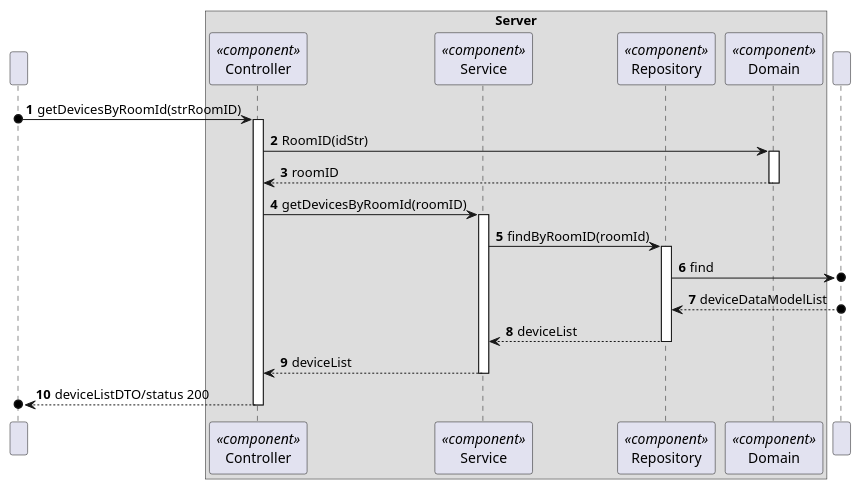
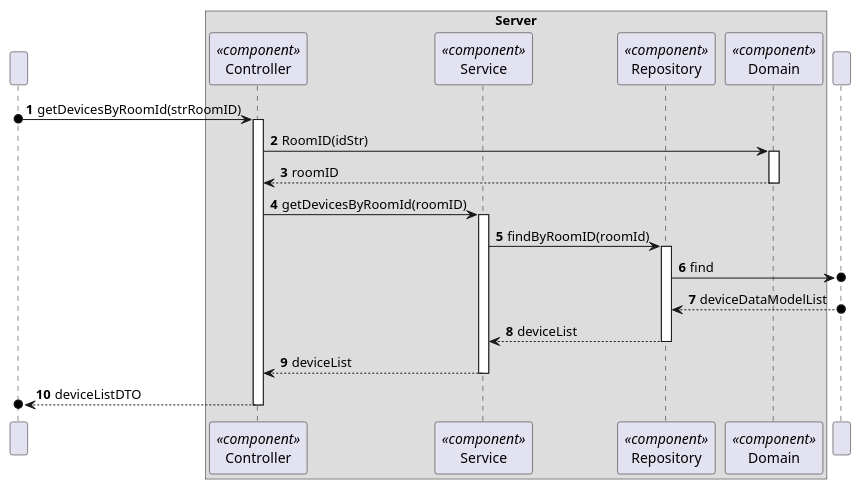
Before and after one commit to moutajDev/smarthome: the diagram in docs/C4_4plus1_models/Level4/ProcessView/ProcessViewLevel4_UC06.puml, drawn with PlantUML. The commit also changed 23 other files, not shown here.

```diff
--- a/docs/C4_4plus1_models/Level4/ProcessView/ProcessViewLevel4_UC06.puml
+++ b/docs/C4_4plus1_models/Level4/ProcessView/ProcessViewLevel4_UC06.puml
@@ -1,50 +1,50 @@
 @startuml
 'https://plantuml.com/sequence-diagram
 !pragma layout smetana
 
 autonumber
 
 
 participant " " as HTTP
 
 box "Server"
     participant "Controller" as CTRL<<component>>
     participant "Service" as SV<<component>>
     participant "Repository" as REPO<<component>>
     participant "Domain" as DOM<<component>>
 
 end box
 participant " " as BD
 
 
 HTTP o-> CTRL : getDevicesByRoomId(strRoomID)
 activate CTRL
 
 CTRL -> DOM : RoomID(idStr)
 activate DOM
 
 DOM --> CTRL : roomID
 deactivate DOM
 
 CTRL -> SV : getDevicesByRoomId(roomID)
 activate SV
 
 SV -> REPO : findByRoomID(roomId)
 activate REPO
 
 REPO ->o BD : find
 
 BD o--> REPO : deviceDataModelList
 
 REPO --> SV : deviceList
 deactivate REPO
 
 SV --> CTRL : deviceList
 deactivate SV
 
-CTRL -->o HTTP : deviceListDTO/status 200
+CTRL -->o HTTP : deviceListDTO
 deactivate CTRL
 
 
 
 @enduml
```
